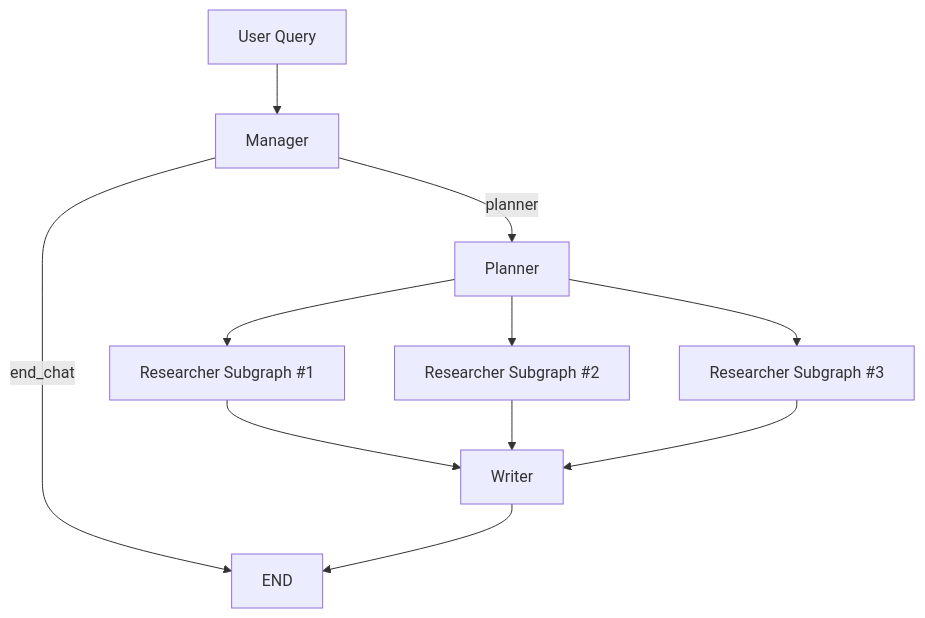
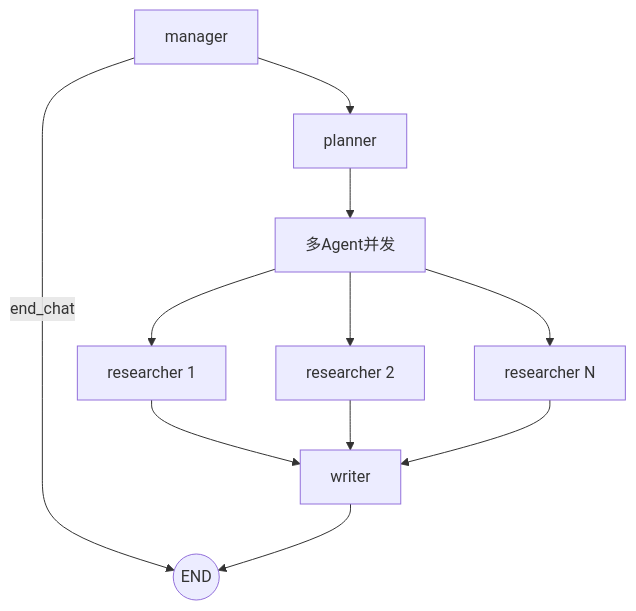
One commit to Annyfee/research-agent changed the first of 2 diagrams in README.md. Above: the diagram before and after it, drawn with Mermaid. The commit also changed other lines of this file and 1 other file, not shown here.

Commit message:
docs(readme):优化readme

````diff
--- a/README.md
+++ b/README.md
@@ -44,13 +44,16 @@
 ```mermaid
-graph TD
-    U[User Query] --> M[Manager]
-    M -->|end_chat| E[END]
-    M -->|planner| P[Planner]
-    P --> R1[Researcher Subgraph #1]
-    P --> R2[Researcher Subgraph #2]
-    P --> R3[Researcher Subgraph #3]
-    R1 --> W[Writer]
+flowchart TD
+    M[manager] -->|end_chat| END((END))
+    M --> P[planner]
+    P --> D[多Agent并发]
+
+    D --> R1[researcher 1]
+    D --> R2[researcher 2]
+    D --> RN[researcher N]
+
+    R1 --> W[writer]
     R2 --> W
-    R3 --> W
-    W --> E
+    RN --> W
+
+    W --> END
 ```
````
